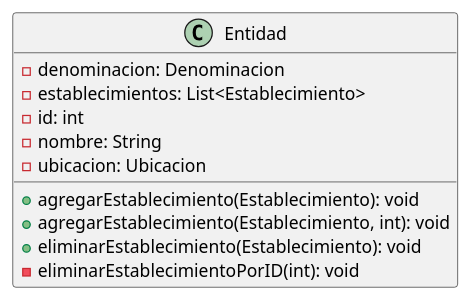
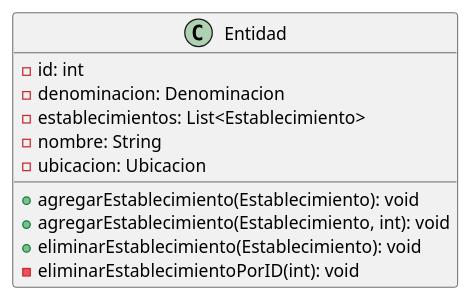
One commit to mbertogliati/dds-tpa changed the diagram in main-project/DC/E3/domain/entidades/Entidad.puml. Above: the diagram before and after it, drawn with PlantUML. The commit also changed other lines of this file and 9 other files, not shown here.

```diff
--- a/main-project/DC/E3/domain/entidades/Entidad.puml
+++ b/main-project/DC/E3/domain/entidades/Entidad.puml
@@ -1,18 +1,18 @@
 @startuml
 
 skinparam linetype ortho
 
 class Entidad {
+  - id: int
   - denominacion: Denominacion
   - establecimientos: List<Establecimiento>
-  - id: int
   - nombre: String
   - ubicacion: Ubicacion
 
   + agregarEstablecimiento(Establecimiento): void
   + agregarEstablecimiento(Establecimiento, int): void
   + eliminarEstablecimiento(Establecimiento): void
   - eliminarEstablecimientoPorID(int): void
 }
 
 @enduml
```
